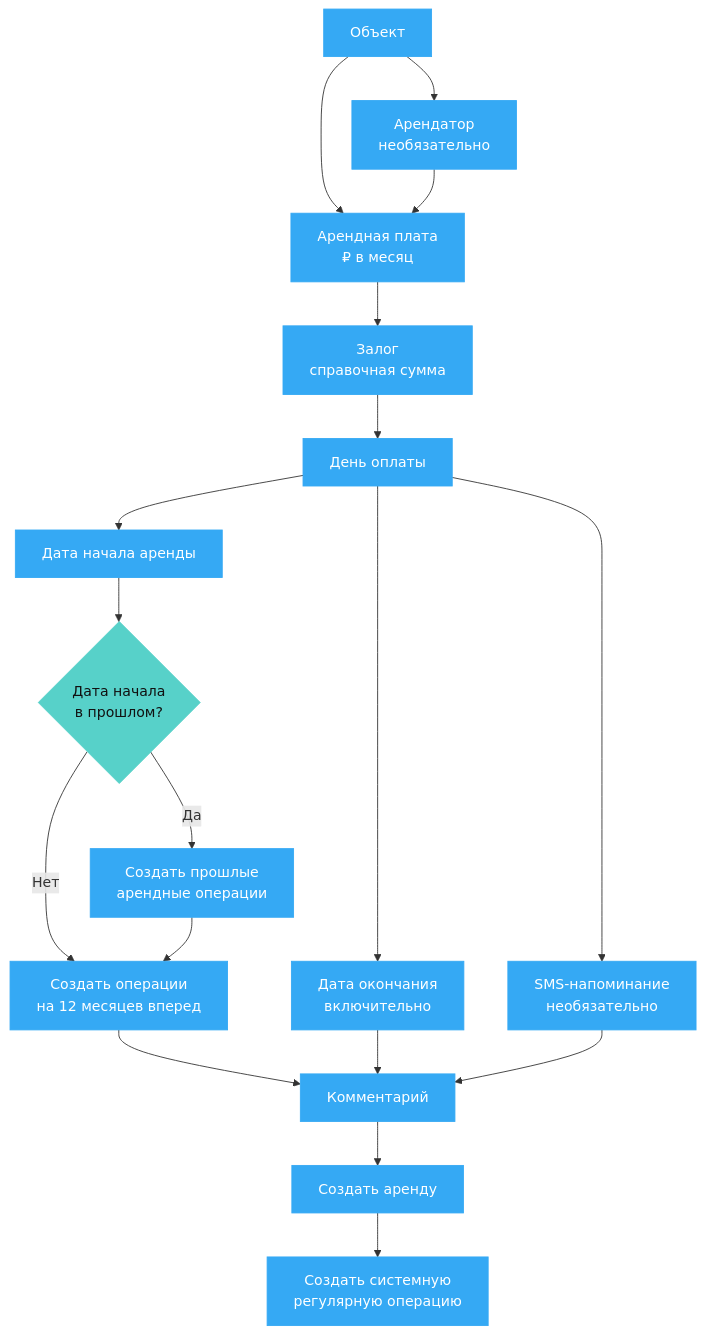
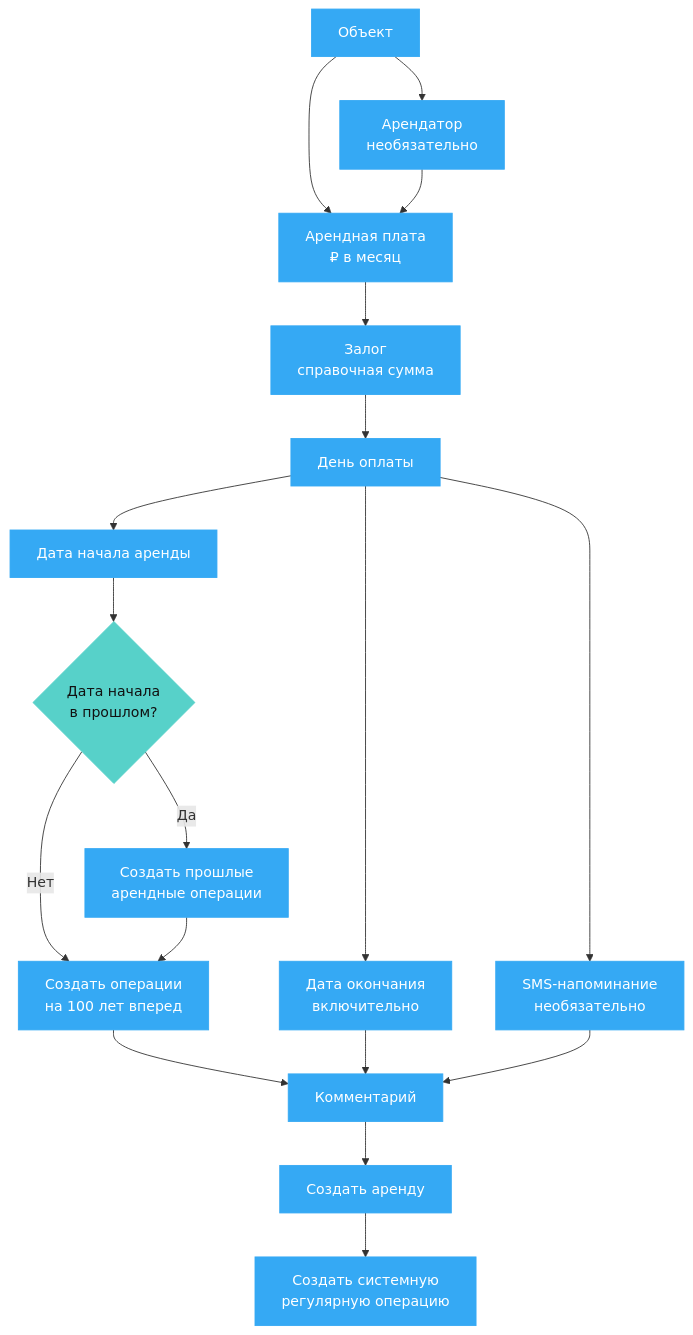
Before and after one commit to devnumbers/arenda-platform: the diagram in docs/service-functionality/leases/sozdanie-arendy-diagram.mermaid, drawn with Mermaid. The commit also changed 12 other files, not shown here.

```diff
--- a/docs/service-functionality/leases/sozdanie-arendy-diagram.mermaid
+++ b/docs/service-functionality/leases/sozdanie-arendy-diagram.mermaid
@@ -1,38 +1,38 @@
 flowchart TD
     object["Объект"]:::button
     tenant["Арендатор<br/>необязательно"]:::button
     rentPrice["Арендная плата<br/>₽ в месяц"]:::button
     deposit["Залог<br/>справочная сумма"]:::button
     paymentDay["День оплаты"]:::button
 
     startDate["Дата начала аренды"]:::button
     endDate["Дата окончания<br/>включительно"]:::button
     sms["SMS-напоминание<br/>необязательно"]:::button
     backdated{"Дата начала<br/>в прошлом?"}:::decision
     pastOps["Создать прошлые<br/>арендные операции"]:::button
-    futureOps["Создать операции<br/>на 12 месяцев вперед"]:::button
+    futureOps["Создать операции<br/>на 100 лет вперед"]:::button
 
     comment["Комментарий"]:::button
     createLease["Создать аренду"]:::button
     createRecurring["Создать системную<br/>регулярную операцию"]:::button
 
     object --> tenant
     object --> rentPrice
     tenant --> rentPrice
     rentPrice --> deposit
     deposit --> paymentDay
     paymentDay --> startDate
     paymentDay --> endDate
     paymentDay --> sms
     startDate --> backdated
     backdated -- Да --> pastOps
     backdated -- Нет --> futureOps
     pastOps --> futureOps
     futureOps --> comment
     endDate --> comment
     sms --> comment
     comment --> createLease
     createLease --> createRecurring
 
     classDef button fill:#35a9f4,color:#ffffff,stroke:#35a9f4,stroke-width:1px;
     classDef decision fill:#57d1c9,color:#111111,stroke:#57d1c9,stroke-width:1px;
```
